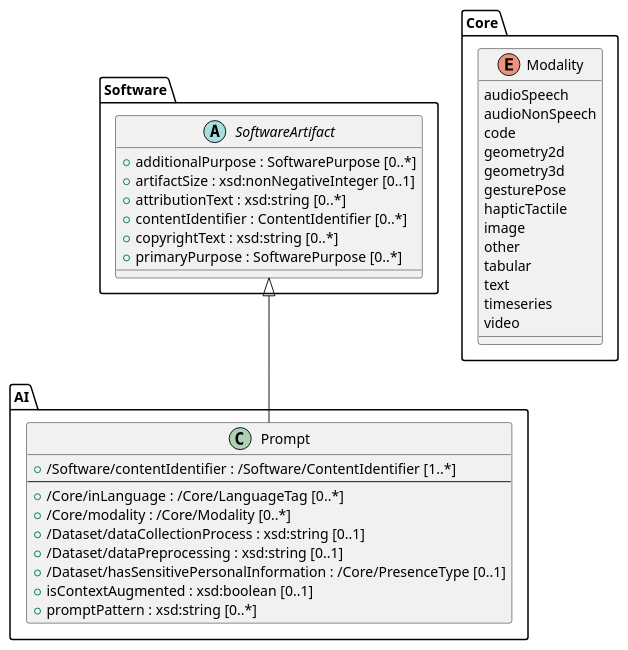
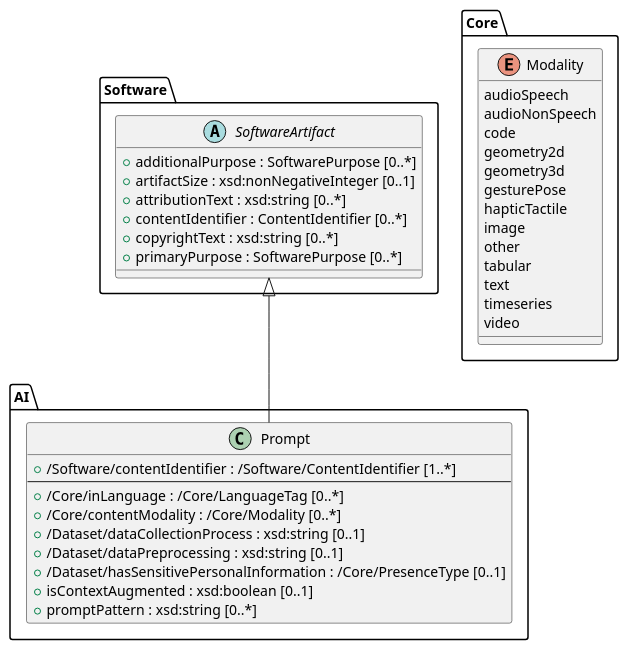
Before and after one commit to bact/spdx-3-model: the diagram in docs/diagrams/ai-prompt.plantuml, drawn with PlantUML. The commit also changed 4 other files, not shown here.

First line of the commit message:
Replace prompt modality with contentModality

```diff
--- a/docs/diagrams/ai-prompt.plantuml
+++ b/docs/diagrams/ai-prompt.plantuml
@@ -6,46 +6,46 @@
 @startuml ai-prompt
 
 set separator /
 
 abstract "Software/SoftwareArtifact" {
     + additionalPurpose : SoftwarePurpose [0..*]
     + artifactSize : xsd:nonNegativeInteger [0..1]
     + attributionText : xsd:string [0..*]
     + contentIdentifier : ContentIdentifier [0..*]
     + copyrightText : xsd:string [0..*]
     + primaryPurpose : SoftwarePurpose [0..*]
 }
 
 ' Subclass Prompt from SoftwareArtifact as it represents a reasonable unit
 ' of content that can be attributed to a specific source.
 ' It is ligther than a DatasetPackage and requires less modification
 ' to the external properties restrictions.
 class "AI/Prompt" extends "Software/SoftwareArtifact" {
     + /Software/contentIdentifier : /Software/ContentIdentifier [1..*]
     ---
     + /Core/inLanguage : /Core/LanguageTag [0..*]
-    + /Core/modality : /Core/Modality [0..*]
+    + /Core/contentModality : /Core/Modality [0..*]
     + /Dataset/dataCollectionProcess : xsd:string [0..1]
     + /Dataset/dataPreprocessing : xsd:string [0..1]
     + /Dataset/hasSensitivePersonalInformation : /Core/PresenceType [0..1]
     + isContextAugmented : xsd:boolean [0..1]
     + promptPattern : xsd:string [0..*]
 }
 
 enum "Core/Modality" {
     audioSpeech
     audioNonSpeech
     code
     geometry2d
     geometry3d
     gesturePose
     hapticTactile
     image
     other
     tabular
     text
     timeseries
     video
 }
 
 @enduml
```
